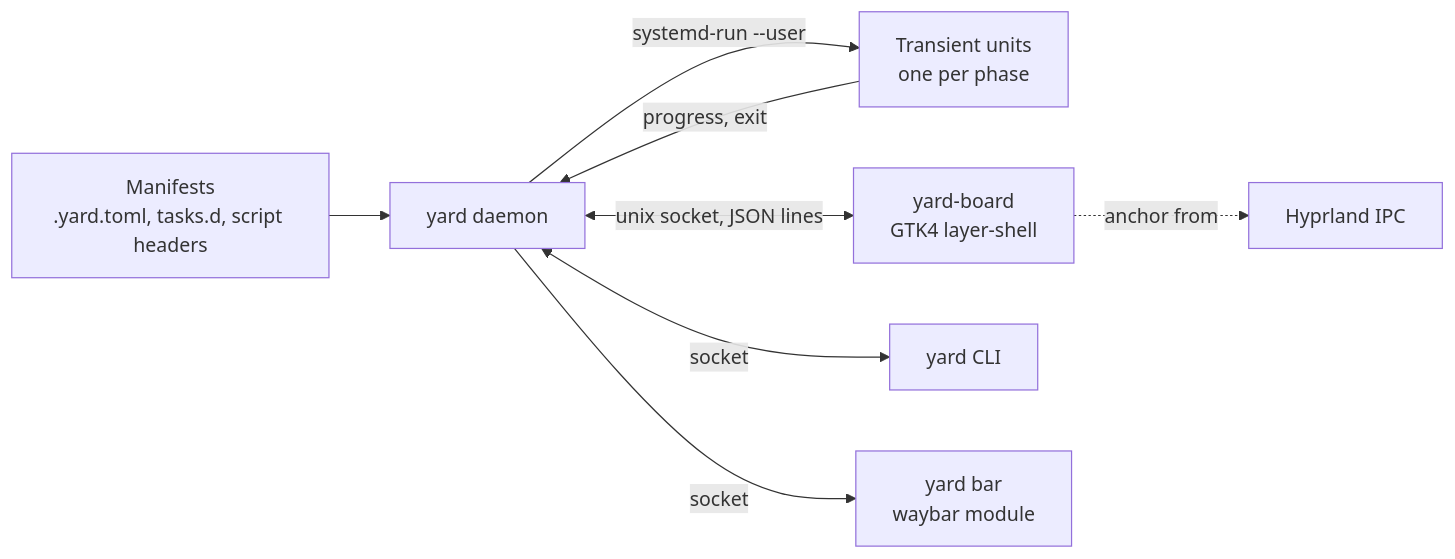
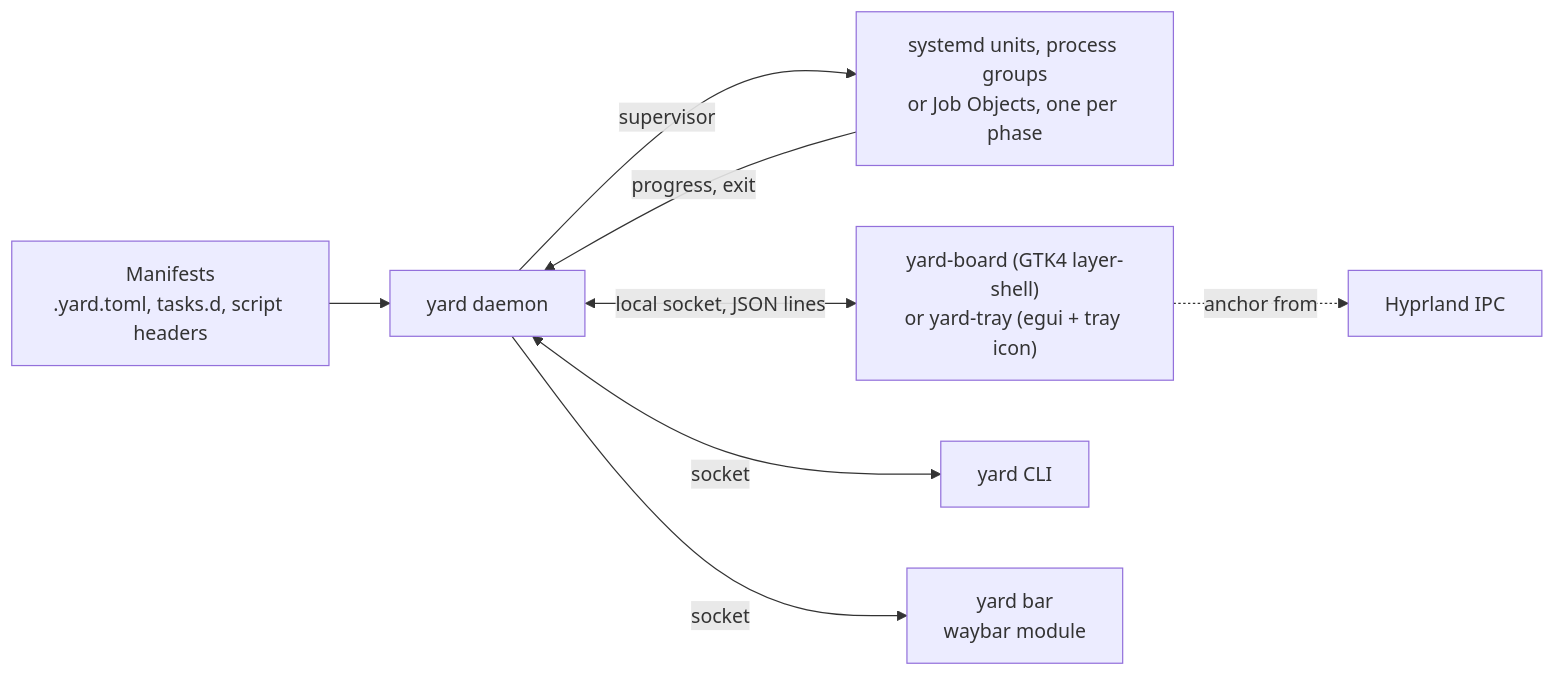
One commit to NathanielInman/switchyard changed the diagram in docs/design.md. Above: the diagram before and after it, drawn with Mermaid. The commit also changed other lines of this file, not shown here.

Commit message:
docs(design): describe the platform supervisors, paths and the tray board

````diff
--- a/docs/design.md
+++ b/docs/design.md
@@ -48,10 +48,10 @@
 ```mermaid
 flowchart LR
   M["Manifests<br/>.yard.toml, tasks.d, script headers"] --> D["yard daemon"]
-  D -- "systemd-run --user" --> U["Transient units<br/>one per phase"]
+  D -- "supervisor" --> U["systemd units, process groups<br/>or Job Objects, one per phase"]
   U -- "progress, exit" --> D
-  D <-- "unix socket, JSON lines" --> B["yard-board<br/>GTK4 layer-shell"]
+  D <-- "local socket, JSON lines" --> B["yard-board (GTK4 layer-shell)<br/>or yard-tray (egui + tray icon)"]
   D <-- socket --> C["yard CLI"]
   D -- socket --> W["yard bar<br/>waybar module"]
   B -. "anchor from" .-> H["Hyprland IPC"]
 ```
````
